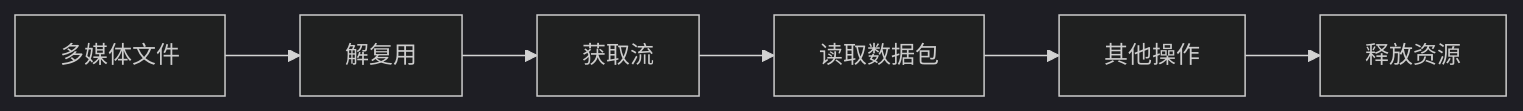
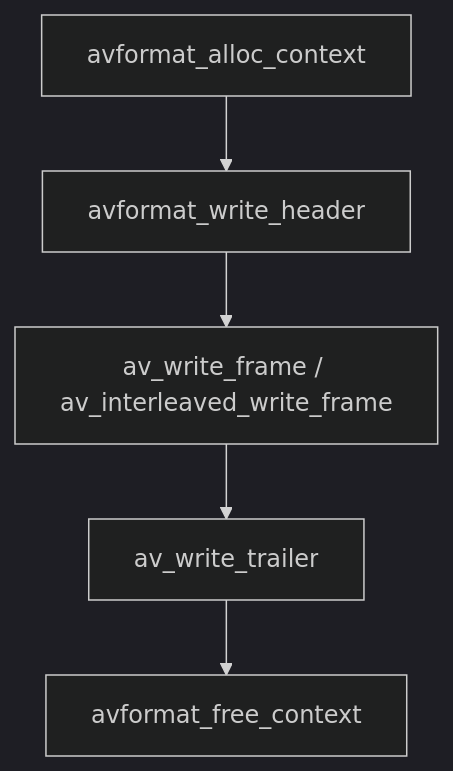
One commit to MachunMC/audio_video changed diagram 11 of 11 in audio_video_notes.md. Above: the diagram before and after it, drawn with Mermaid (dark theme). The commit also changed other lines of this file, not shown here.

````diff
--- a/audio_video_notes.md
+++ b/audio_video_notes.md
@@ -1522,5 +1586,7 @@
 ```mermaid
-graph LR
+graph TB
 
-A[多媒体文件 ] --> B[解复用] --> C[获取流] --> D[读取数据包] --> E[其他操作] --> F[释放资源]
+A[avformat_alloc_context] --> B[avformat_write_header] 
+B --> C[av_write_frame / av_interleaved_write_frame]
+C --> D[av_write_trailer] --> E[avformat_free_context]
 ```
````
